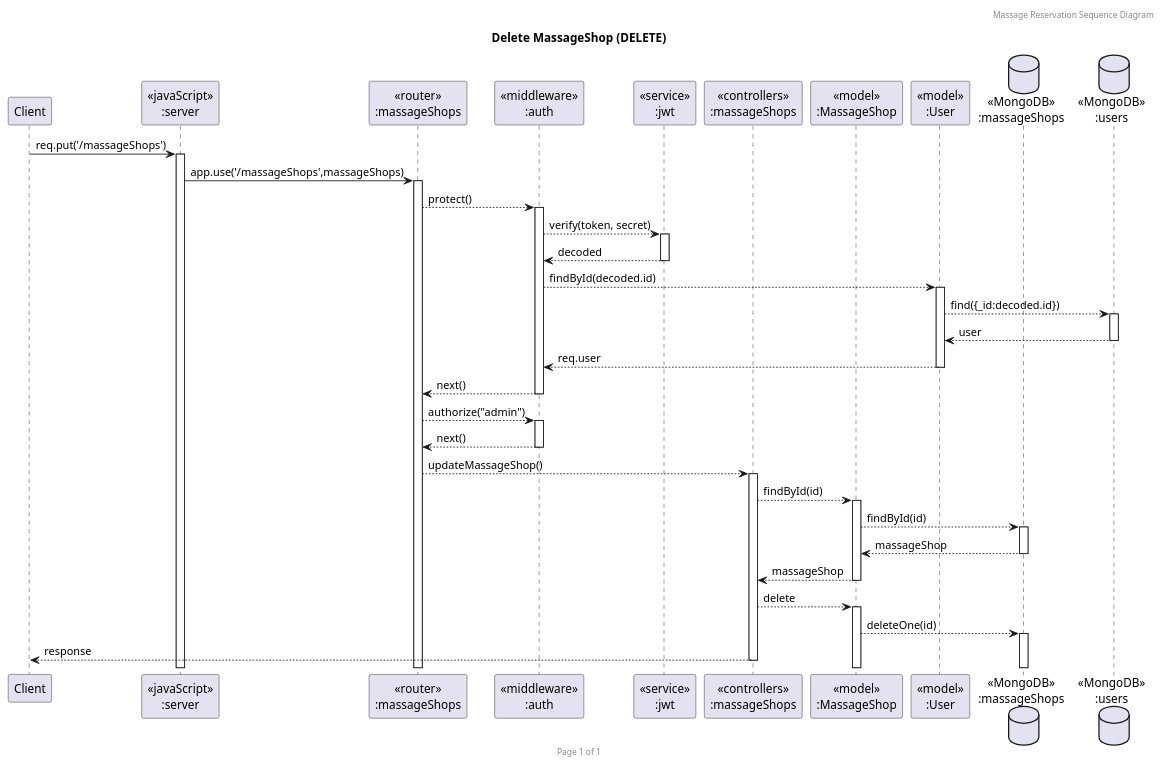
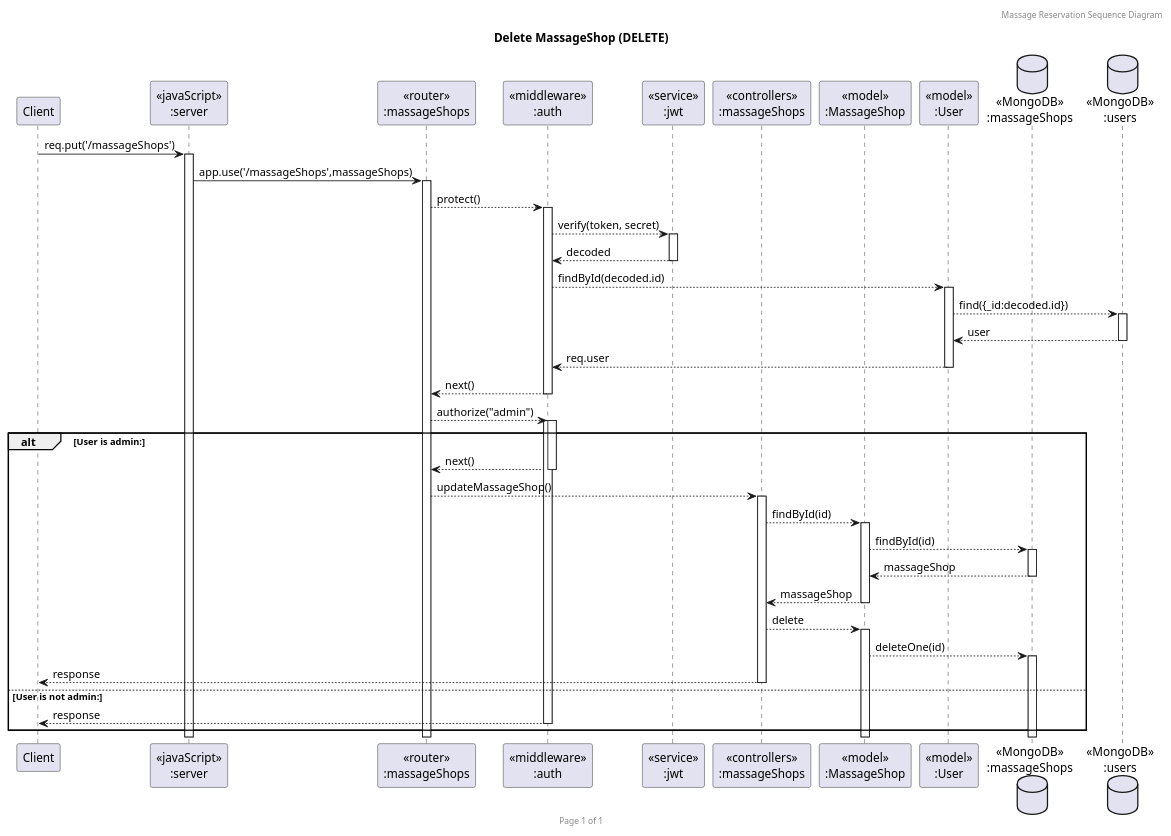
The diagram in diagrams/sequence-diagrams/massageShop/MsgRes_MsgShop_DELETE_delete.puml (papongun/SW-Dev-Backend-Project), drawn with PlantUML before and after one commit. The commit also changed 2 other files, not shown here.

Commit message:
[FIX] add alternate case (not admin)

```diff
--- a/diagrams/sequence-diagrams/massageShop/MsgRes_MsgShop_DELETE_delete.puml
+++ b/diagrams/sequence-diagrams/massageShop/MsgRes_MsgShop_DELETE_delete.puml
@@ -1,42 +1,48 @@
 @startuml Delete MassageShop (DELETE)
 
 header Massage Reservation Sequence Diagram
 footer Page %page% of %lastpage%
 title "Delete MassageShop (DELETE)"
 
 participant "Client" as client
 participant "<<javaScript>>\n:server" as server
 participant "<<router>>\n:massageShops" as routerMassageShops
 participant "<<middleware>>\n:auth" as middlewareAuth
 participant "<<service>>\n:jwt" as jwtAuth
 participant "<<controllers>>\n:massageShops" as controllersMassageShops
 participant "<<model>>\n:MassageShop" as modelMassageShop
 participant "<<model>>\n:User" as modelUser
 database "<<MongoDB>>\n:massageShops" as MassageShopsDatabase
 database "<<MongoDB>>\n:users" as UsersDatabase
 
 client->server ++:req.put('/massageShops')
 server->routerMassageShops ++:app.use('/massageShops',massageShops)
 
 routerMassageShops --> middlewareAuth ++:protect()
 middlewareAuth --> jwtAuth ++:verify(token, secret)
 middlewareAuth <-- jwtAuth --:decoded
 middlewareAuth --> modelUser ++:findById(decoded.id)
 modelUser --> UsersDatabase ++: find({_id:decoded.id})
 modelUser <-- UsersDatabase --:user
 middlewareAuth <-- modelUser --:req.user
 routerMassageShops <-- middlewareAuth --:next()
 
 routerMassageShops --> middlewareAuth ++:authorize("admin")
-routerMassageShops <-- middlewareAuth --:next()
 
-routerMassageShops --> controllersMassageShops ++:updateMassageShop()
-controllersMassageShops --> modelMassageShop ++:findById(id)
-modelMassageShop --> MassageShopsDatabase ++:findById(id)
-modelMassageShop <-- MassageShopsDatabase --:massageShop
-controllersMassageShops <-- modelMassageShop --:massageShop
-controllersMassageShops --> modelMassageShop ++:delete
-modelMassageShop --> MassageShopsDatabase ++:deleteOne(id)
-client <-- controllersMassageShops --:response
+activate middlewareAuth
+
+alt User is admin:
+    routerMassageShops <-- middlewareAuth --:next()
+    routerMassageShops --> controllersMassageShops ++:updateMassageShop()
+    controllersMassageShops --> modelMassageShop ++:findById(id)
+    modelMassageShop --> MassageShopsDatabase ++:findById(id)
+    modelMassageShop <-- MassageShopsDatabase --:massageShop
+    controllersMassageShops <-- modelMassageShop --:massageShop
+    controllersMassageShops --> modelMassageShop ++:delete
+    modelMassageShop --> MassageShopsDatabase ++:deleteOne(id)
+    client <-- controllersMassageShops --:response
+else User is not admin:
+    client <-- middlewareAuth --:response
+    end
 
 @enduml
```
